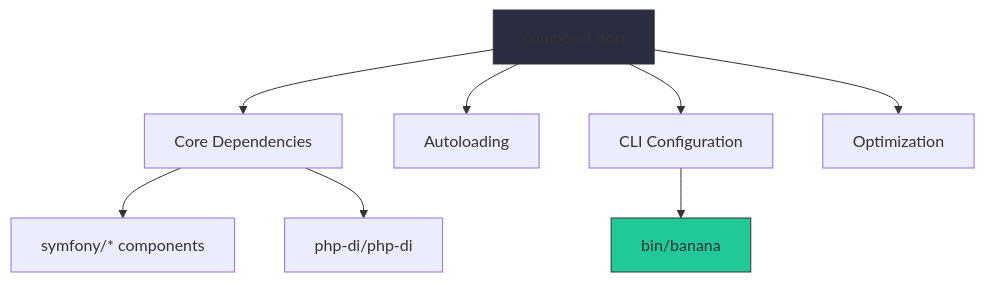
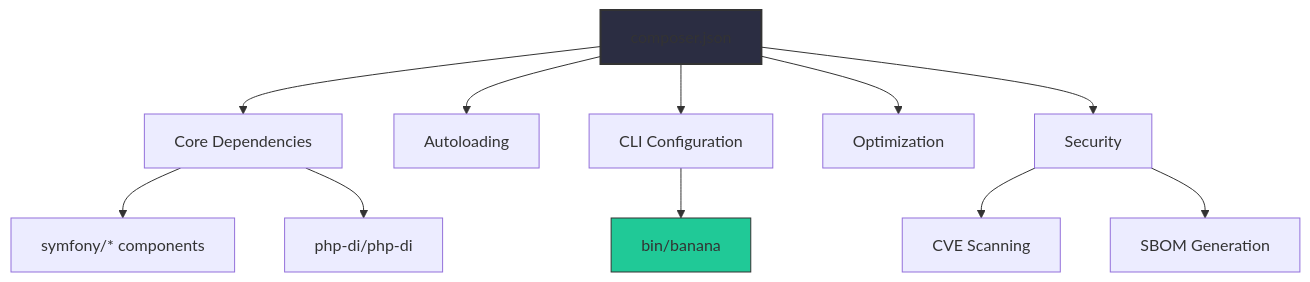
Before and after one commit to meyoramu/banana-php: the first of 7 diagrams in docs/COMPOSER-REFERENCE.md, drawn with Mermaid. The commit also changed other lines of this file, not shown here.

````diff
--- a/docs/COMPOSER-REFERENCE.md
+++ b/docs/COMPOSER-REFERENCE.md
@@ -6,12 +5,15 @@
 ```mermaid
 graph TD
     A[composer.json] --> B[Core Dependencies]
     A --> C[Autoloading]
     A --> D[CLI Configuration]
     A --> E[Optimization]
-    B --> F["symfony/* components"]
-    B --> G["php-di/php-di"]
-    D --> H["bin/banana"]
-    style A fill:#2b2d42,stroke:#333
-    style H fill:#20c997,stroke:#333
+    A --> F[Security]
+    B --> G["symfony/* components"]
+    B --> H["php-di/php-di"]
+    D --> I["bin/banana"]
+    F --> J["CVE Scanning"]
+    F --> K["SBOM Generation"]
+    style A fill:#2b2d42,stroke:#333,stroke-width:2px
+    style I fill:#20c997,stroke:#333
 ```
````
